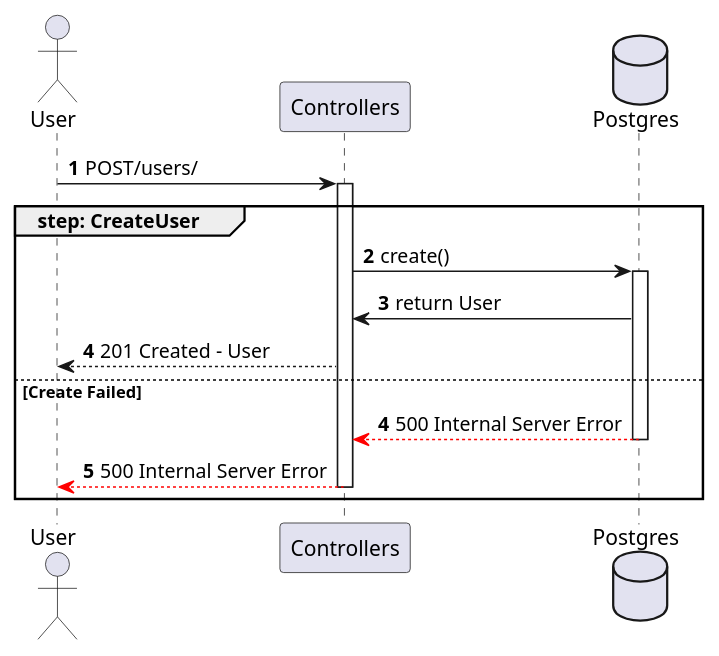
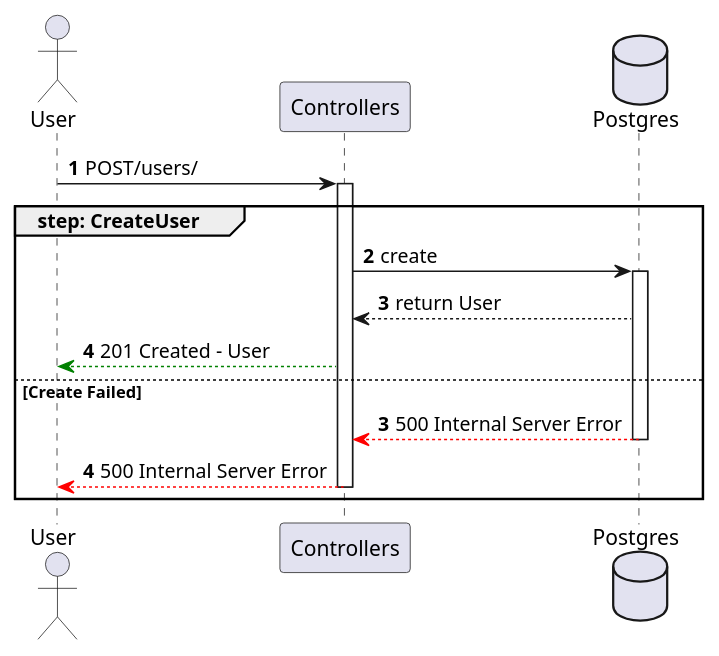
Before and after one commit to ShadowWalker1411/ProgrammazioneAvanzataREPO: the diagram in sequence_diagrams/CreateUserAdmin.puml, drawn with PlantUML. The commit also changed 10 other files, not shown here.

```diff
--- a/sequence_diagrams/CreateUserAdmin.puml
+++ b/sequence_diagrams/CreateUserAdmin.puml
@@ -1,19 +1,19 @@
 @startuml createUserAdmin
 
 actor User
 participant Controllers
 database Postgres
 
 autonumber
 User -> Controllers ++: POST/users/
 group step: CreateUser
-    Controllers -> Postgres ++: create()
-    Postgres -> Controllers: return User
-    Controllers --> User : 201 Created - User
+    Controllers -> Postgres ++: create
+    Postgres --> Controllers: return User
+    Controllers --[#green]> User : 201 Created - User
 else Create Failed
-    autonumber 4
+    autonumber 3
     Postgres --[#red]> Controllers --: 500 Internal Server Error
     Controllers --[#red]> User --: 500 Internal Server Error
 end
 
 @enduml
```
